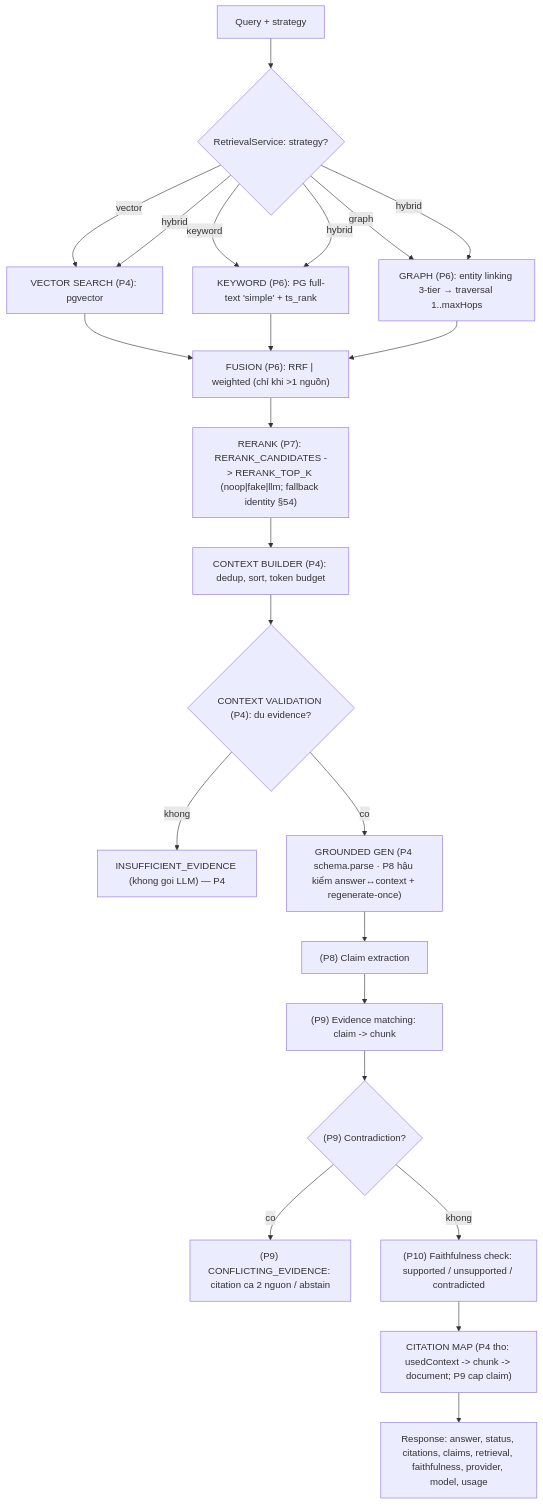
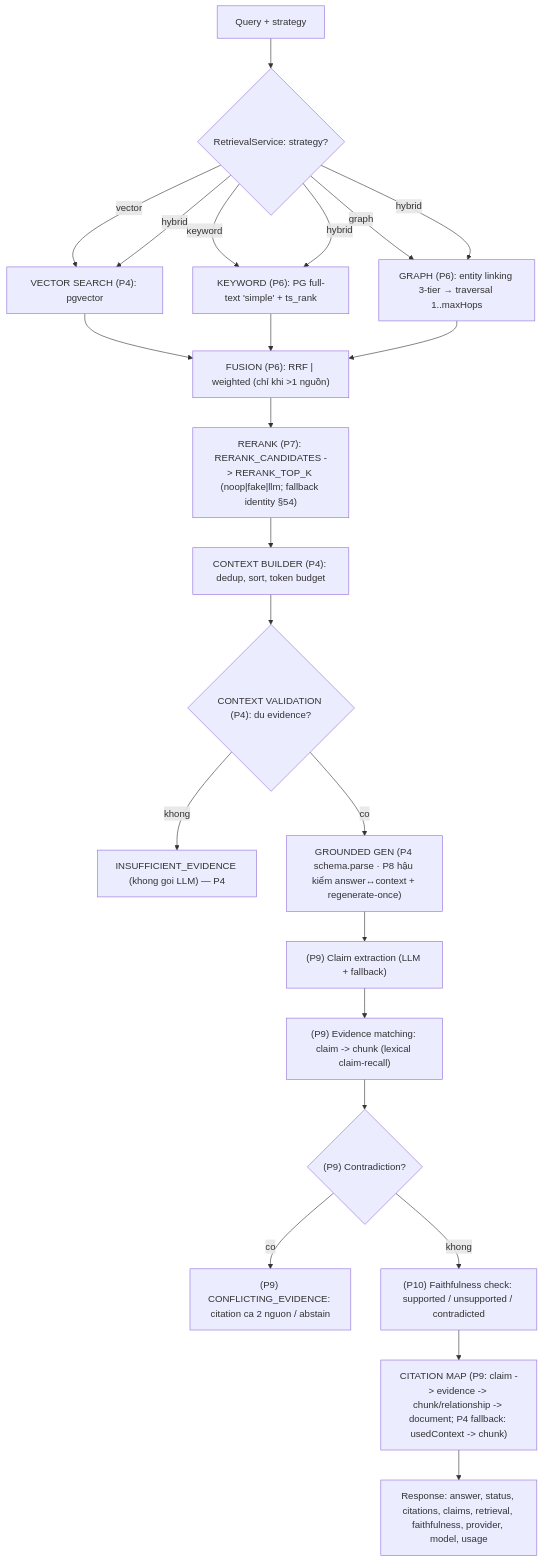
Before and after one commit to vietbevis/rag-reliability: the second of 2 diagrams in docs/architecture/rag-architecture.md, drawn with Mermaid. The commit also changed other lines of this file and 24 other files, not shown here.

First line of the commit message:
feat(phase-9): citation cấp claim — hoàn thành

````diff
--- a/docs/architecture/rag-architecture.md
+++ b/docs/architecture/rag-architecture.md
@@ -112,23 +113,23 @@
 ```mermaid
 flowchart TD
   QRY[Query + strategy] --> DISP{"RetrievalService: strategy?"}
   DISP -->|vector| VEC["VECTOR SEARCH (P4): pgvector"]
   DISP -->|keyword| KW["KEYWORD (P6): PG full-text 'simple' + ts_rank"]
   DISP -->|graph| GR["GRAPH (P6): entity linking 3-tier → traversal 1..maxHops"]
   DISP -->|hybrid| VEC & KW & GR
   VEC --> FUS["FUSION (P6): RRF | weighted (chỉ khi >1 nguồn)"]
   KW --> FUS
   GR --> FUS
   FUS --> RR["RERANK (P7): RERANK_CANDIDATES -> RERANK_TOP_K (noop|fake|llm; fallback identity §54)"]
   RR --> CB["CONTEXT BUILDER (P4): dedup, sort, token budget"]
   CB --> CV{"CONTEXT VALIDATION (P4): du evidence?"}
   CV -->|khong| ABS["INSUFFICIENT_EVIDENCE (khong goi LLM) — P4"]
   CV -->|co| GEN["GROUNDED GEN (P4 schema.parse · P8 hậu kiểm answer↔context + regenerate-once)"]
-  GEN --> CE["(P8) Claim extraction"]
-  CE --> EM["(P9) Evidence matching: claim -> chunk"]
+  GEN --> CE["(P9) Claim extraction (LLM + fallback)"]
+  CE --> EM["(P9) Evidence matching: claim -> chunk (lexical claim-recall)"]
   EM --> CD{"(P9) Contradiction?"}
   CD -->|co| CF["(P9) CONFLICTING_EVIDENCE: citation ca 2 nguon / abstain"]
   CD -->|khong| FF["(P10) Faithfulness check: supported / unsupported / contradicted"]
-  FF --> CIT["CITATION MAP (P4 tho: usedContext -> chunk -> document; P9 cap claim)"]
+  FF --> CIT["CITATION MAP (P9: claim -> evidence -> chunk/relationship -> document; P4 fallback: usedContext -> chunk)"]
   CIT --> RESP["Response: answer, status, citations, claims, retrieval, faithfulness, provider, model, usage"]
 ```
````
